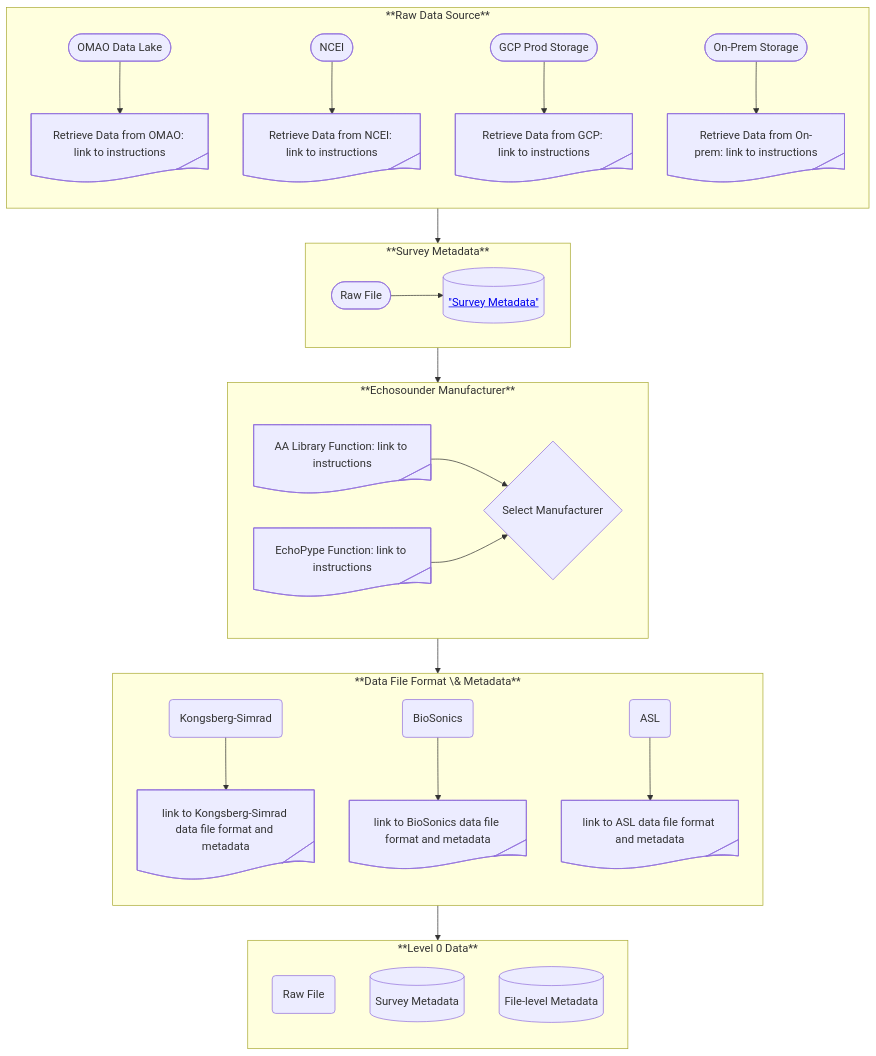
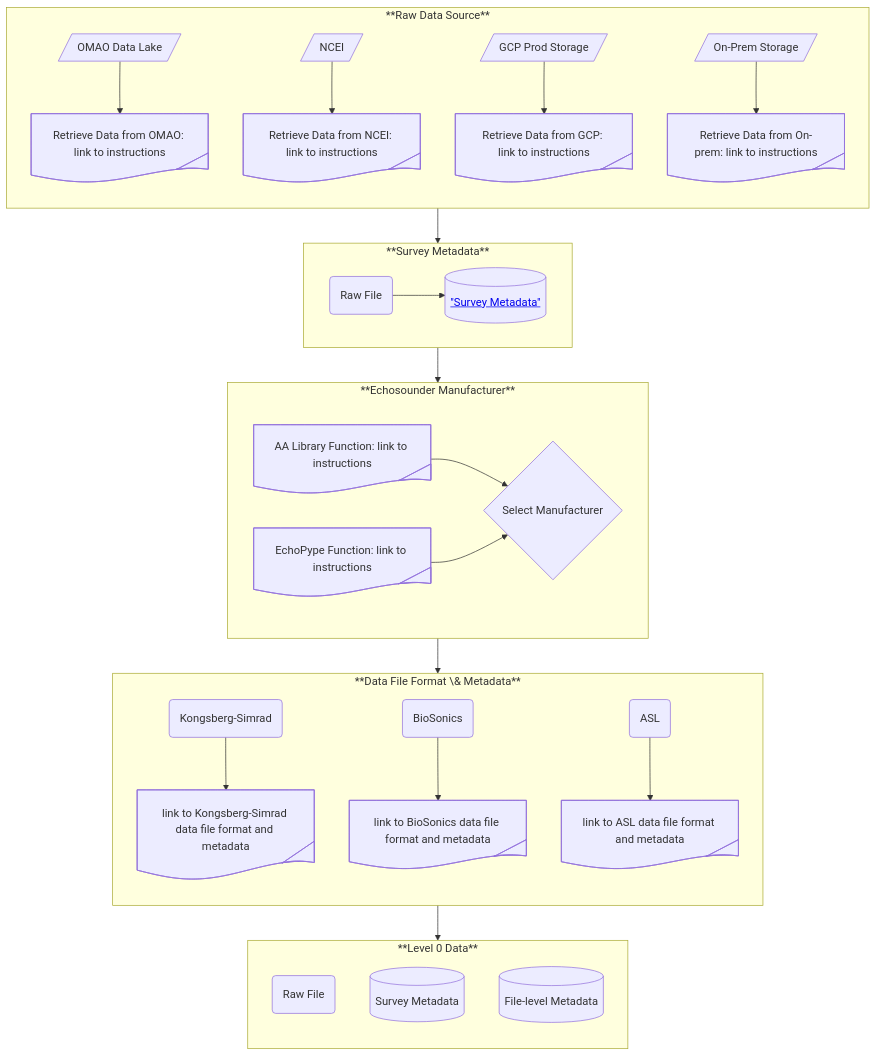
One commit to nmfs-ost/AA-SI_DataRoadMap changed the first of 2 diagrams in README.md. Above: the diagram before and after it, drawn with Mermaid. The commit also changed other lines of this file, not shown here.

Commit message:
add L1 accept/reject decision

````diff
--- a/README.md
+++ b/README.md
@@ -39,35 +39,35 @@
 ```mermaid
 flowchart TB
-    subgraph DataSource["**Raw Data Source**"]
+    subgraph SG_DataSource["**Raw Data Source**"]
         direction TB
-        idSrcOMAO@{shape: stadium, label: "OMAO Data Lake"} --> idOMAO@{ shape: tag-doc, label: "Retrieve Data from OMAO: link to instructions" }
-        idSrcNCEI@{shape: stadium, label: "NCEI"} --> idNCEI@{ shape: tag-doc, label: "Retrieve Data from NCEI: link to instructions" }
-        idSrcGCP@{shape: stadium, label: "GCP Prod Storage"} --> idGCP@{ shape: tag-doc, label: "Retrieve Data from GCP: link to instructions" }
-        idSrcOP@{shape: stadium, label: "On-Prem Storage"} --> idOP@{ shape: tag-doc, label: "Retrieve Data from On-prem: link to instructions" }
+        node_SrcOMAO@{shape: lean-r, label: "OMAO Data Lake"} --> node_OMAO@{ shape: tag-doc, label: "Retrieve Data from OMAO: link to instructions" }
+        node_SrcNCEI@{shape: lean-r, label: "NCEI"} --> node_NCEI@{ shape: tag-doc, label: "Retrieve Data from NCEI: link to instructions" }
+        node_SrcGCP@{shape: lean-r, label: "GCP Prod Storage"} --> node_GCP@{ shape: tag-doc, label: "Retrieve Data from GCP: link to instructions" }
+        node_SrcOP@{shape: lean-r, label: "On-Prem Storage"} --> node_OP@{ shape: tag-doc, label: "Retrieve Data from On-prem: link to instructions" }
     end
-    subgraph SurveyMetaData["**Survey Metadata**"]
+    subgraph SG_SurveyMetaData["**Survey Metadata**"]
         direction LR
-        idRF@{ shape: stadium, label: "Raw File" } --> idSMD@{ shape: database, label: <a href="https://github.com/nmfs-ost/AA-SI_metadata"> "Survey Metadata"</a> }
+        node_RF@{ shape: rounded, label: "Raw File" } --> node_SMD@{ shape: database, label: <a href="https://github.com/nmfs-ost/AA-SI_metadata"> "Survey Metadata"</a> }
     end
-    subgraph ESManufacturer["**Echosounder Manufacturer**"]
+    subgraph SG_ESManufacturer["**Echosounder Manufacturer**"]
         direction LR
-        idAL1@{shape: tag-doc, label: "AA Library Function: link to instructions"} --> idMan@{ shape: diamond, label: "Select Manufacturer" }
-        idAL2@{shape: tag-doc, label: "EchoPype Function: link to instructions"} --> idMan
+        node_AL1@{shape: tag-doc, label: "AA Library Function: link to instructions"} --> node_Man@{ shape: diamond, label: "Select Manufacturer" }
+        node_AL2@{shape: tag-doc, label: "EchoPype Function: link to instructions"} --> node_Man
     end
-    subgraph ESMetaData["**Data File Format \& Metadata**"]
+    subgraph SG_ESMetaData["**Data File Format \& Metadata**"]
         direction TB
-        idKS@{ shape: rounded, label: "Kongsberg-Simrad" } --> idKSMD@{ shape: tag-doc, label: "link to Kongsberg-Simrad data file format and metadata" }
-        idBS@{ shape: rounded, label: "BioSonics" } --> idBSMD@{ shape: tag-doc, label: "link to BioSonics data file format and metadata" }
-        idASL@{ shape: rounded, label: "ASL" } --> idASLMD@{ shape: tag-doc, label: "link to ASL data file format and metadata" }
+        node_KS@{ shape: rounded, label: "Kongsberg-Simrad" } --> node_KSMD@{ shape: tag-doc, label: "link to Kongsberg-Simrad data file format and metadata" }
+        node_BS@{ shape: rounded, label: "BioSonics" } --> node_BSMD@{ shape: tag-doc, label: "link to BioSonics data file format and metadata" }
+        node_ASL@{ shape: rounded, label: "ASL" } --> node_ASLMD@{ shape: tag-doc, label: "link to ASL data file format and metadata" }
     end
-    subgraph L0Data["**Level 0 Data**"]
+    subgraph SG_L0Data["**Level 0 Data**"]
         direction TB
-        idL0RD@{ shape: rounded, label: "Raw File" }
-        idL0SMD@{ shape: database, label: "Survey Metadata" }
-        idRFMD@{ shape: database, label: "File-level Metadata" }
+        node_L0RD@{ shape: rounded, label: "Raw File" }
+        node_L0SMD@{ shape: database, label: "Survey Metadata" }
+        node_RFMD@{ shape: database, label: "File-level Metadata" }
     end
-    DataSource --> SurveyMetaData
-    SurveyMetaData --> ESManufacturer
-    ESManufacturer --> ESMetaData
-    ESMetaData --> L0Data
+    SG_DataSource --> SG_SurveyMetaData
+    SG_SurveyMetaData --> SG_ESManufacturer
+    SG_ESManufacturer --> SG_ESMetaData
+    SG_ESMetaData --> SG_L0Data
 ```
````
